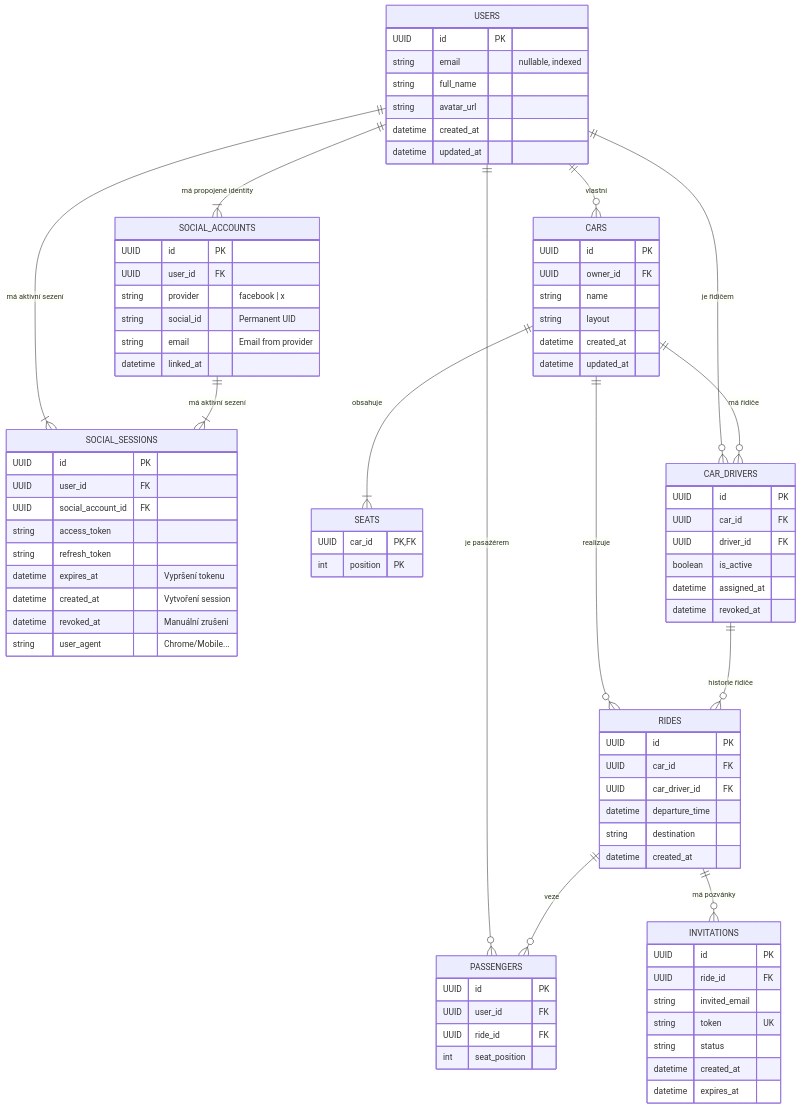
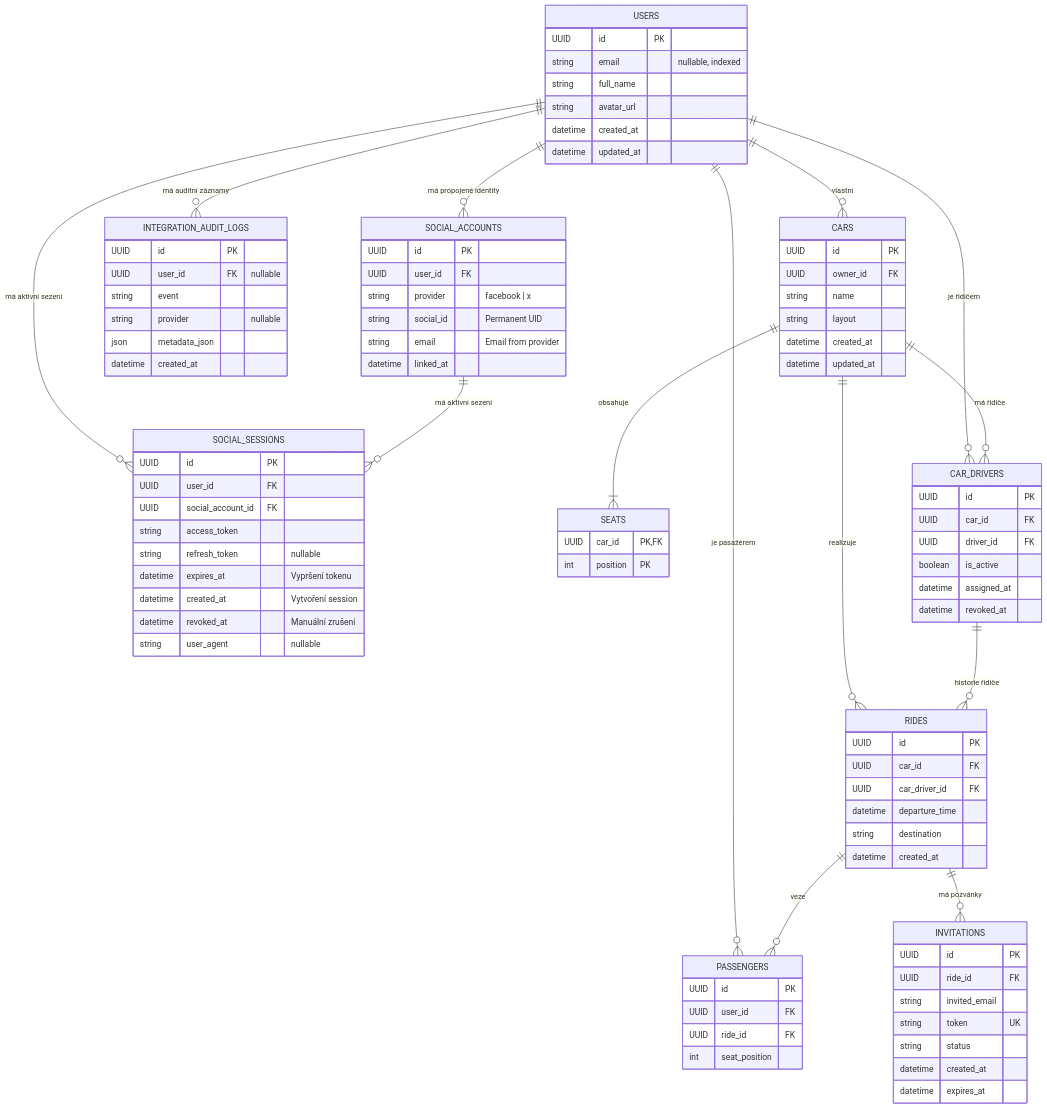
One commit to matthewjezek/Sitzy changed the diagram in diagrams/02_er.md. Above: the diagram before and after it, drawn with Mermaid. The commit also changed other lines of this file and 6 other files, not shown here.

Commit message:
feat: update ER and sequence diagrams to reflect current architecture and session lifecycle with OAuth integration

```diff
--- a/diagrams/02_er.md
+++ b/diagrams/02_er.md
@@ -28,11 +28,21 @@
         UUID user_id FK
         UUID social_account_id FK
         string access_token
-        string refresh_token
+        string refresh_token "nullable"
         datetime expires_at "Vypršení tokenu"
         datetime created_at "Vytvoření session"
         datetime revoked_at "Manuální zrušení"
-        string user_agent "Chrome/Mobile..."
+        string user_agent "nullable"
+    }
+
+    %% --- AUDIT LOG ---
+    INTEGRATION_AUDIT_LOGS {
+        UUID id PK
+        UUID user_id FK "nullable"
+        string event
+        string provider "nullable"
+        json metadata_json
+        datetime created_at
     }
 
     %% --- DOMÉNA APLIKACE ---
@@ -87,12 +97,13 @@
 
     %% --- VAZBY ---
     USERS ||--o{ CARS : "vlastní"
-    USERS ||--|{ SOCIAL_ACCOUNTS : "má propojené identity"
-    USERS ||--|{ SOCIAL_SESSIONS : "má aktivní sezení"
+    USERS ||--o{ SOCIAL_ACCOUNTS : "má propojené identity"
+    USERS ||--o{ SOCIAL_SESSIONS : "má aktivní sezení"
+    USERS ||--o{ INTEGRATION_AUDIT_LOGS : "má auditní záznamy"
     USERS ||--o{ CAR_DRIVERS : "je řidičem"
     USERS ||--o{ PASSENGERS : "je pasažérem"
     
-    SOCIAL_ACCOUNTS ||--|{ SOCIAL_SESSIONS : "má aktivní sezení"
+    SOCIAL_ACCOUNTS ||--o{ SOCIAL_SESSIONS : "má aktivní sezení"
 
     CARS ||--|{ SEATS : "obsahuje"
     CARS ||--o{ CAR_DRIVERS : "má řidiče"
```
